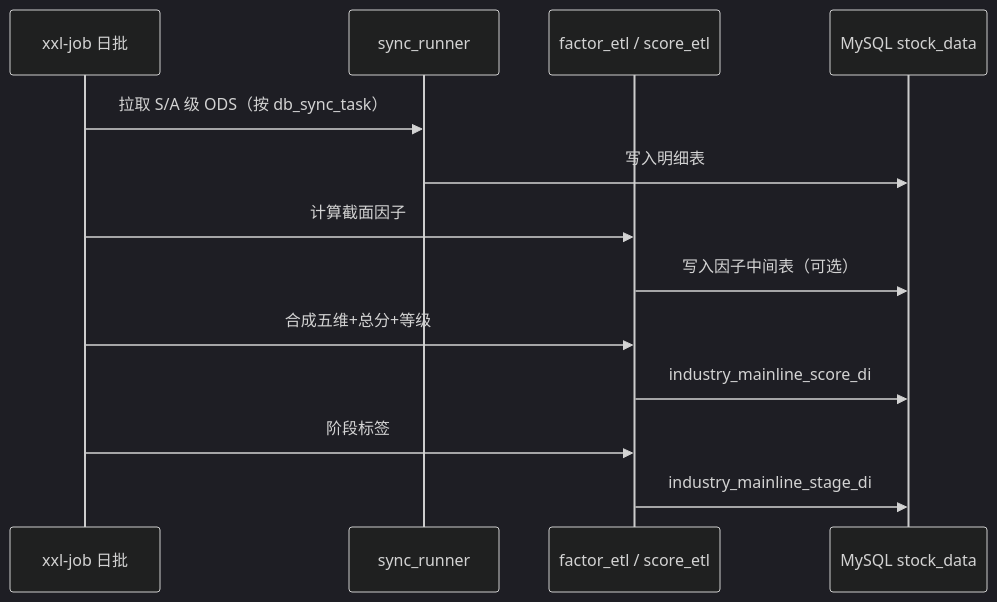
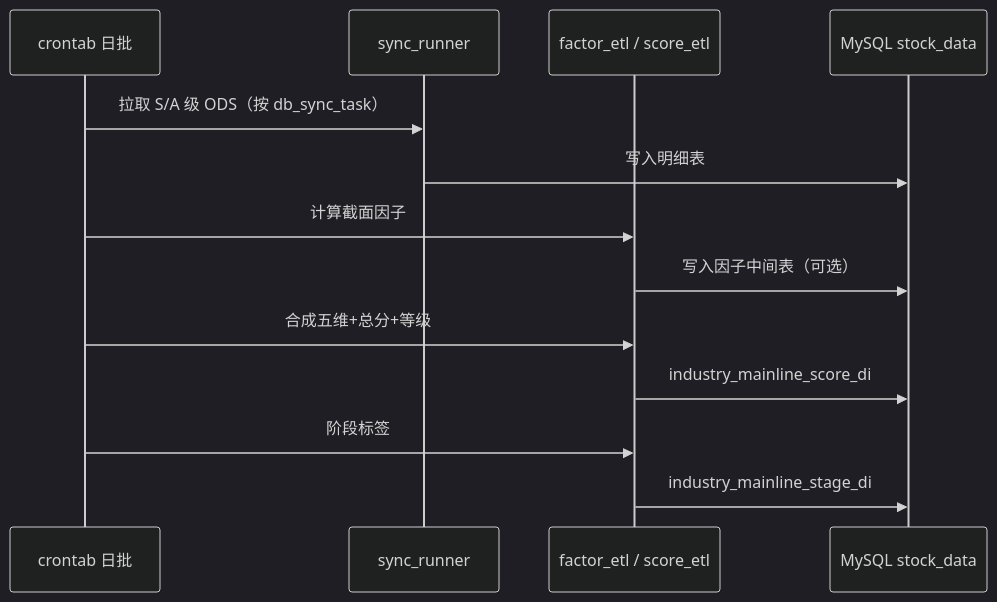
One commit to jinlujie111/stock_data changed the second of 2 diagrams in 需求整理/需求1-主线板块确认-技术文档.md. Above: the diagram before and after it, drawn with Mermaid (dark theme). The commit also changed other lines of this file and 16 other files, not shown here.

````diff
--- a/需求整理/需求1-主线板块确认-技术文档.md
+++ b/需求整理/需求1-主线板块确认-技术文档.md
@@ -250,16 +250,16 @@
 ```mermaid
 sequenceDiagram
-    participant JOB as xxl-job 日批
+    participant JOB as crontab 日批
     participant SYNC as sync_runner
     participant ETL as factor_etl / score_etl
     participant DB as MySQL stock_data
 
     JOB->>SYNC: 拉取 S/A 级 ODS（按 db_sync_task）
     SYNC->>DB: 写入明细表
     JOB->>ETL: 计算截面因子
     ETL->>DB: 写入因子中间表（可选）
     JOB->>ETL: 合成五维+总分+等级
     ETL->>DB: industry_mainline_score_di
     JOB->>ETL: 阶段标签
     ETL->>DB: industry_mainline_stage_di
 ```
````
